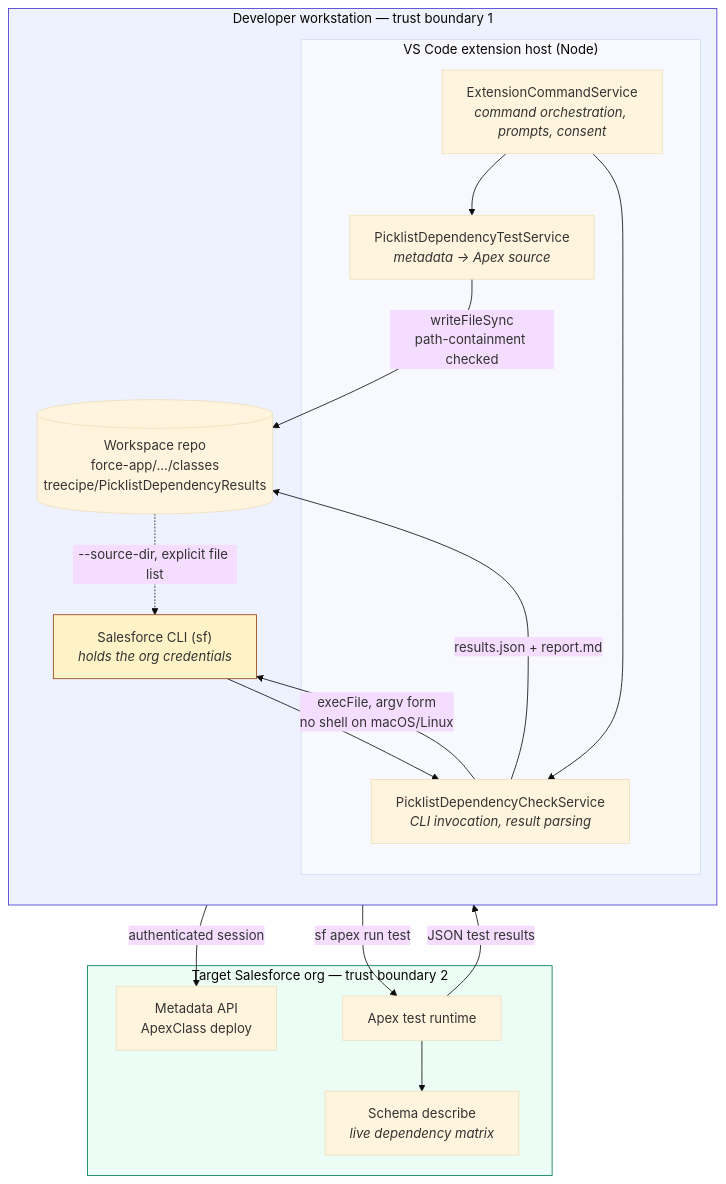
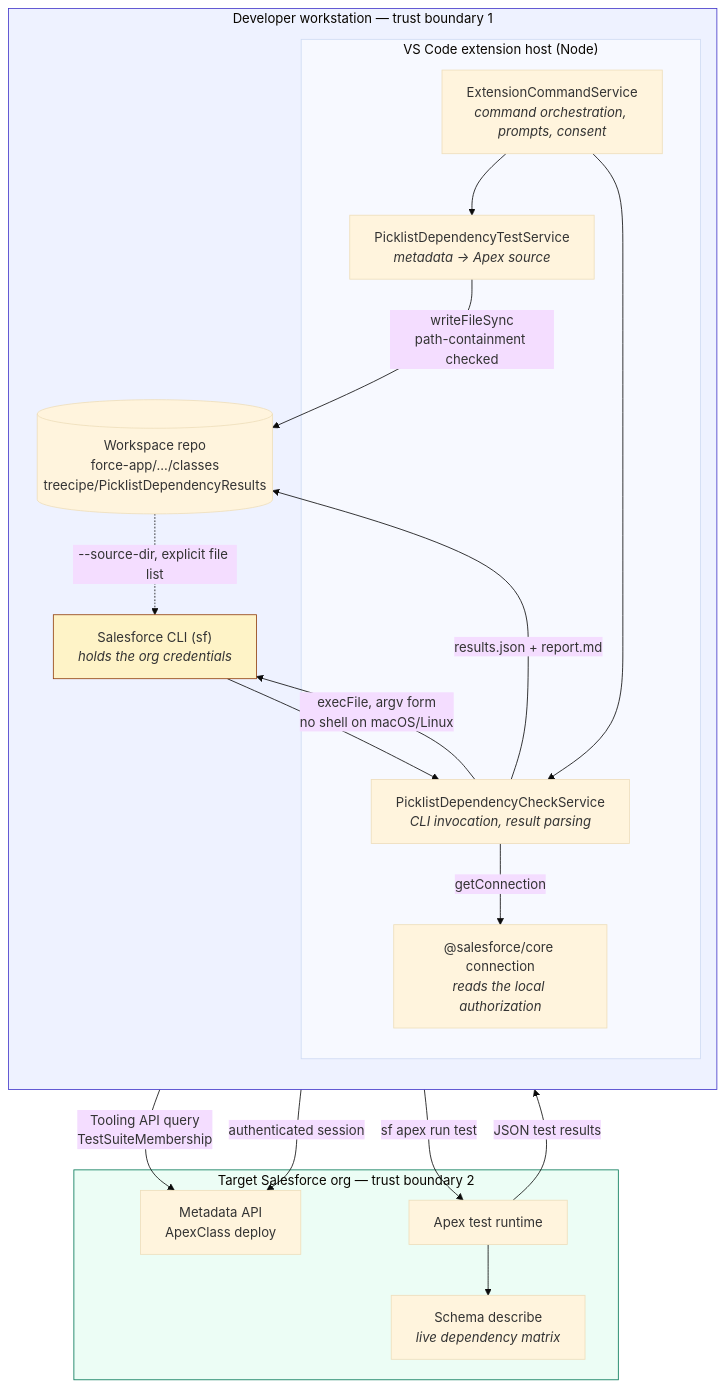
Before and after one commit to jdschleicher/Salesforce-Data-Treecipe: the second of 17 diagrams in docs/PICKLIST-DEPENDENCY-TECHNICAL-DESIGN.md, drawn with Mermaid (base theme). The commit also changed other lines of this file and 8 other files, not shown here.

````diff
--- a/docs/PICKLIST-DEPENDENCY-TECHNICAL-DESIGN.md
+++ b/docs/PICKLIST-DEPENDENCY-TECHNICAL-DESIGN.md
@@ -98,35 +98,38 @@
 ```mermaid
 flowchart TB
     subgraph LOCAL["Developer workstation — trust boundary 1"]
         direction TB
         subgraph EXT["VS Code extension host (Node)"]
             CMD["ExtensionCommandService<br/><i>command orchestration, prompts, consent</i>"]
             GEN["PicklistDependencyTestService<br/><i>metadata → Apex source</i>"]
             CHK["PicklistDependencyCheckService<br/><i>CLI invocation, result parsing</i>"]
+            CORE["@salesforce/core connection<br/><i>reads the local authorization</i>"]
         end
         DISK[("Workspace repo<br/>force-app/.../classes<br/>treecipe/PicklistDependencyResults")]
         CLI["Salesforce CLI (sf)<br/><i>holds the org credentials</i>"]
     end
 
     subgraph ORG["Target Salesforce org — trust boundary 2"]
         DEPLOY["Metadata API<br/>ApexClass deploy"]
         TEST["Apex test runtime"]
         DESC["Schema describe<br/><i>live dependency matrix</i>"]
     end
 
     CMD --> GEN
     CMD --> CHK
     GEN -->|"writeFileSync<br/>path-containment checked"| DISK
     CHK -->|"execFile, argv form<br/>no shell on macOS/Linux"| CLI
+    CHK -->|"getConnection"| CORE
+    CORE -->|"Tooling API query<br/>TestSuiteMembership"| DEPLOY
     DISK -.->|"--source-dir, explicit file list"| CLI
     CLI -->|"authenticated session"| DEPLOY
     CLI -->|"sf apex run test"| TEST
     TEST --> DESC
     TEST -->|"JSON test results"| CLI
     CLI --> CHK
     CHK -->|"results.json + report.md"| DISK
 
     style LOCAL fill:#eef2ff,stroke:#4338ca
     style ORG fill:#ecfdf5,stroke:#047857
     style CLI fill:#fef3c7,stroke:#92400e
 ```
````
